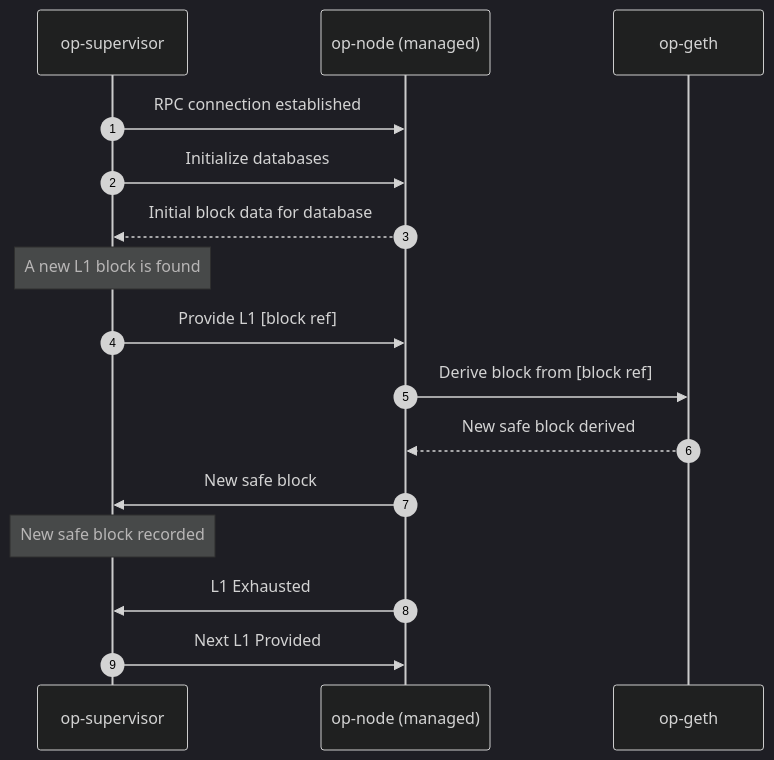
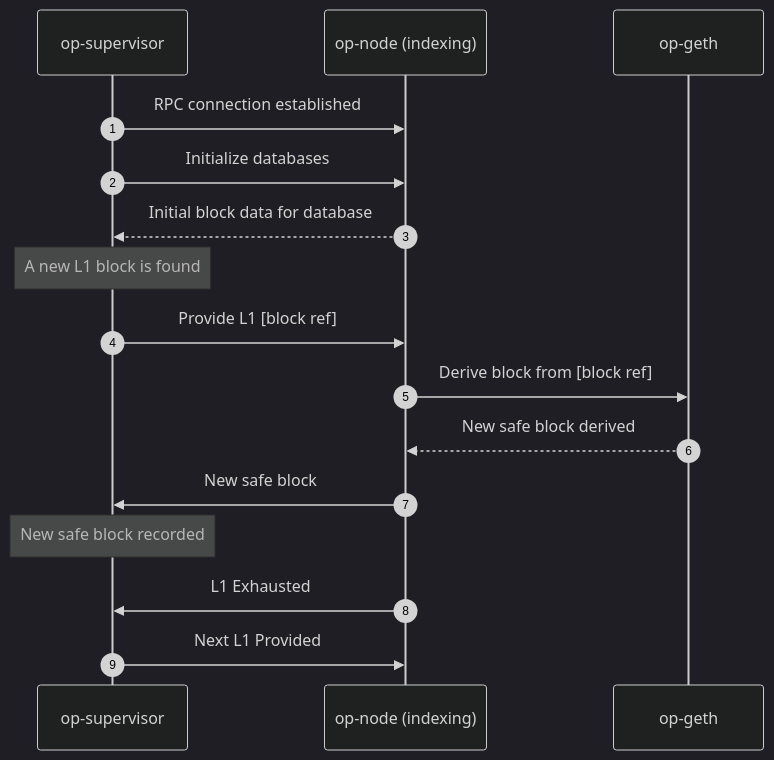
Before and after one commit to hemilabs/optimism: the second of 5 diagrams in op-supervisor/README.md, drawn with Mermaid (dark theme). The commit also changed other lines of this file and 2510 other files, not shown here.

````diff
--- a/op-supervisor/README.md
+++ b/op-supervisor/README.md
@@ -141,24 +141,24 @@
 ```mermaid
 sequenceDiagram
 autonumber
 
 participant super as op-supervisor
-participant node as op-node (managed)
+participant node as op-node (indexing)
 participant geth as op-geth
 
 super ->> node: RPC connection established
 super ->> node: Initialize databases
 node -->> super: Initial block data for database
 
 Note over super: A new L1 block is found
 
 super ->> node: Provide L1 [block ref]
 node ->> geth: Derive block from [block ref]
 
 geth -->> node: New safe block derived
 node ->> super: New safe block
 Note over super: New safe block recorded
 
 node ->> super: L1 Exhausted
 super ->> node: Next L1 Provided
 ```
````
